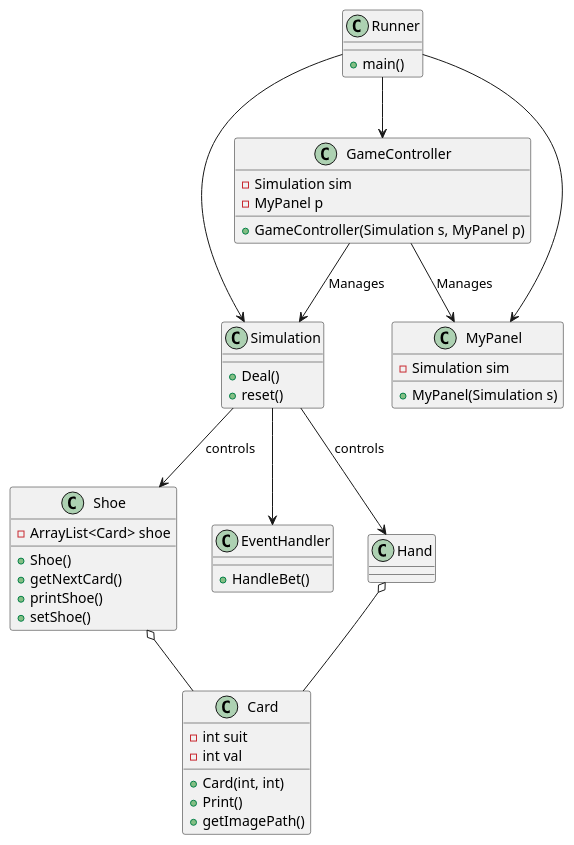
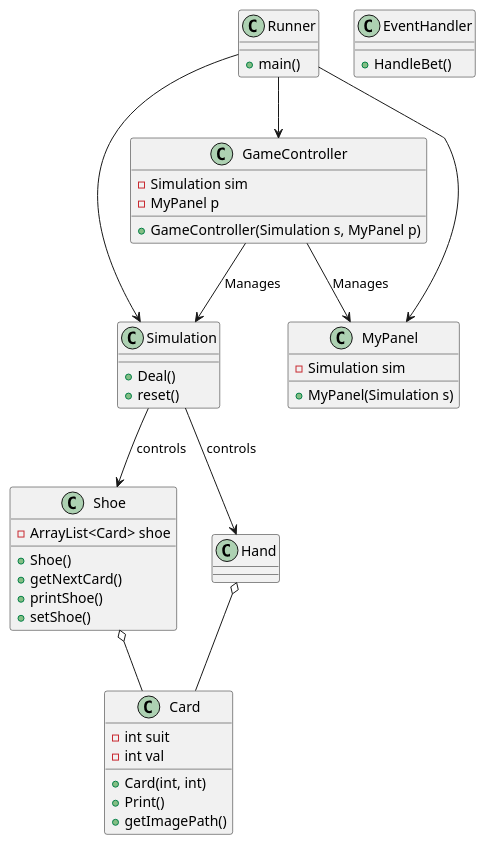
Before and after one commit to Zach-Farrell/blackjack-game: the diagram in src/support/uml/project.puml, drawn with PlantUML. The commit also changed 3 other files, not shown here.

```diff
--- a/src/support/uml/project.puml
+++ b/src/support/uml/project.puml
@@ -1,57 +1,56 @@
 @startuml
 class Shoe {
     -ArrayList<Card> shoe
     +Shoe()
     +getNextCard()
     +printShoe()
     +setShoe()
 }
 
 class Card {
     +Card(int, int)
     +Print()
     +getImagePath()
     -int suit
     -int val
 }
 
 class Simulation {
     +Deal()
     +reset()
 
 }
 
 class EventHandler {
     +HandleBet()
 }
 
 class MyPanel {
     +MyPanel(Simulation s)
     -Simulation sim
 }
 
 class Runner {
 	+main()
 }
 
 class GameController {
     +GameController(Simulation s, MyPanel p)
     -Simulation sim
     -MyPanel p
 }
 
 class Hand {
 
 }
 
 Shoe o-- Card
 Hand o-- Card
 Simulation --> Shoe : controls
 Simulation --> Hand : controls
-Simulation --> EventHandler
 Runner --> MyPanel
 Runner --> Simulation
 Runner --> GameController
 GameController --> MyPanel : Manages
 GameController --> Simulation : Manages
 @enduml
```
